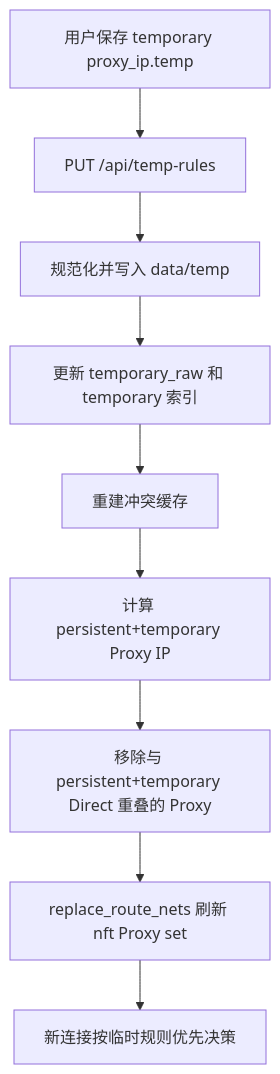
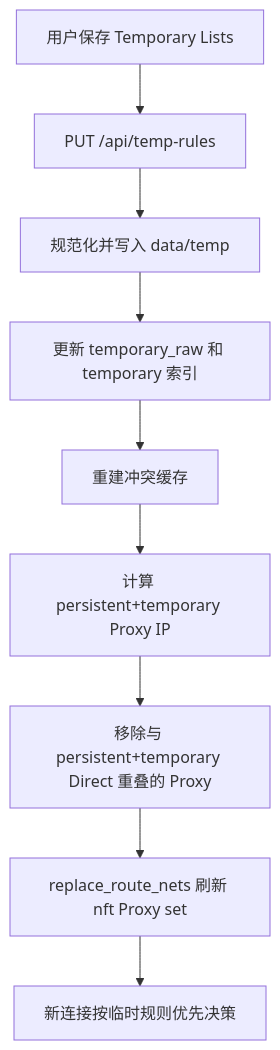
Diagram 14 of 14 in routing.md (xiedeacc/shadowsocks-rust), drawn with Mermaid before and after one commit. The commit also changed other lines of this file and 2 other files, not shown here.

Commit message:
Apply temporary rules immediately from admin

````diff
--- a/routing.md
+++ b/routing.md
@@ -1145,11 +1145,11 @@
 ```mermaid
 flowchart TD
-    A[用户保存 temporary proxy_ip.temp] --> B[PUT /api/temp-rules]
+    A[用户保存 Temporary Lists] --> B[PUT /api/temp-rules]
     B --> C[规范化并写入 data/temp]
     C --> D[更新 temporary_raw 和 temporary 索引]
     D --> E[重建冲突缓存]
     E --> F[计算 persistent+temporary Proxy IP]
     F --> G[移除与 persistent+temporary Direct 重叠的 Proxy]
     G --> H[replace_route_nets 刷新 nft Proxy set]
     H --> I[新连接按临时规则优先决策]
 ```
````
